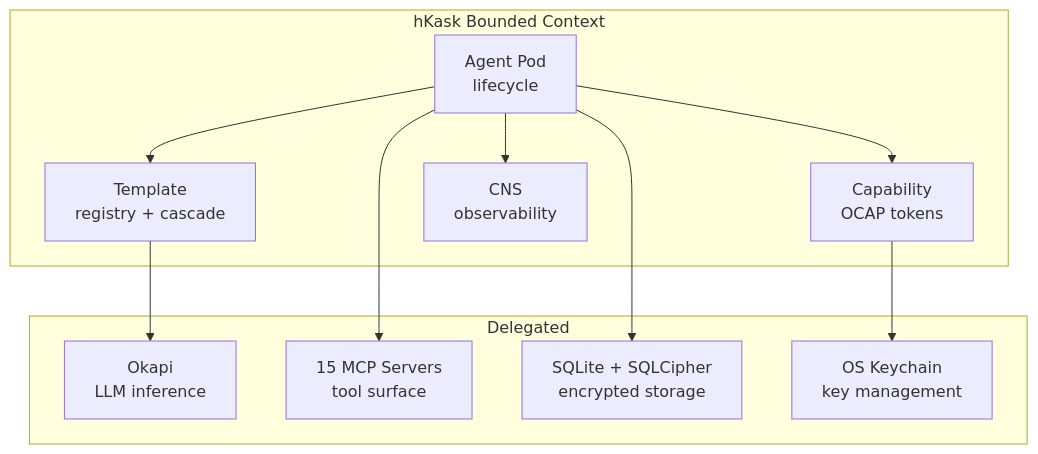
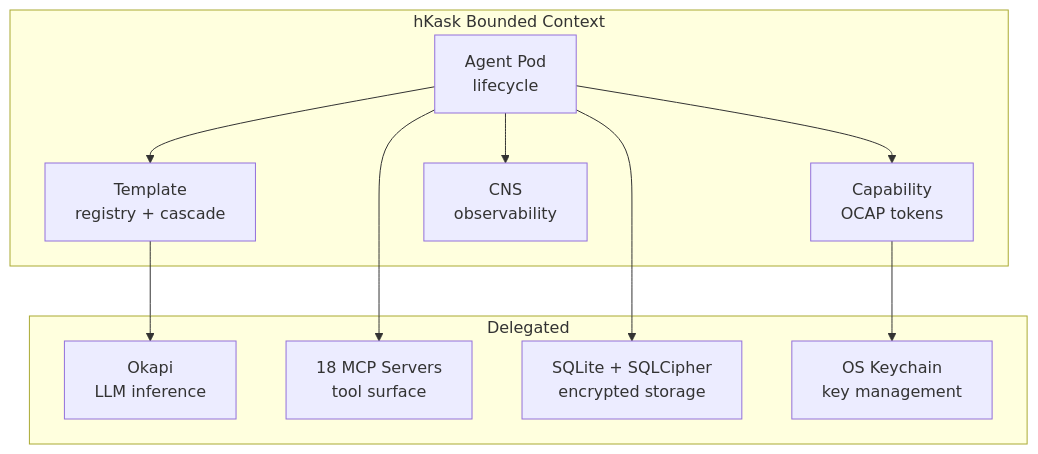
The first of 4 diagrams in docs/architecture/domain-and-capability.md (mdz-axo/hKask), drawn with Mermaid before and after one commit. The commit also changed other lines of this file and 18 other files, not shown here.

````diff
--- a/docs/architecture/domain-and-capability.md
+++ b/docs/architecture/domain-and-capability.md
@@ -37,24 +37,24 @@
 ```mermaid
 graph TD
     subgraph BoundedContext["hKask Bounded Context"]
         POD["Agent Pod<br/>lifecycle"]
         CAP["Capability<br/>OCAP tokens"]
         TPL["Template<br/>registry + cascade"]
         CNS["CNS<br/>observability"]
     end
 
     subgraph Delegated["Delegated"]
         OKAPI["Okapi<br/>LLM inference"]
-        MCP_EXT["15 MCP Servers<br/>tool surface"]
+        MCP_EXT["18 MCP Servers<br/>tool surface"]
         SQLITE["SQLite + SQLCipher<br/>encrypted storage"]
         KEYCHAIN["OS Keychain<br/>key management"]
     end
 
     POD --> CAP
     POD --> TPL
     POD --> CNS
     TPL --> OKAPI
     POD --> MCP_EXT
     POD --> SQLITE
     CAP --> KEYCHAIN
 ```
````
